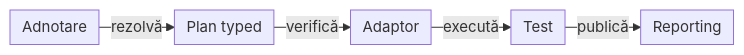
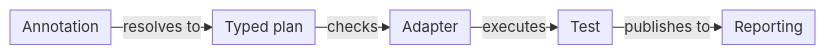
Before and after one commit to crististefanita/atf_j0: the diagram in docs/ATF_Test_Infrastructure_Annotations.md, drawn with Mermaid. The commit also changed other lines of this file and 113 other files, not shown here.

````diff
--- a/docs/ATF_Test_Infrastructure_Annotations.md
+++ b/docs/ATF_Test_Infrastructure_Annotations.md
@@ -40,8 +38,8 @@
 ```mermaid
 %%{init: {"themeVariables":{"fontSize":"15px"},"themeCSS":".nodeLabel, .nodeLabel p { font-size: 15px !important; line-height: 1.35 !important; } .edgeLabel, .edgeLabel p { font-size: 12px !important; font-weight: 400 !important; line-height: 1.2 !important; } .edgeLabel .labelBkg, .edgeLabel p { background: transparent !important; } .edgeLabel foreignObject { transform: translateY(-18px); overflow: visible; } .node rect { rx: 6px; ry: 6px; }","flowchart":{"curve":"linear","nodeSpacing":24,"rankSpacing":24,"padding":6,"diagramPadding":20}}}%%
 flowchart LR
-    Declaration["Adnotare"] -->|rezolvă| Plan["Plan typed"]
-    Plan -->|verifică| Consumer["Adaptor"]
-    Consumer -->|execută| Test["Test"]
-    Test -->|publică| Reporting[Reporting]
+    Declaration["Annotation"] -->|resolves to| Plan["Typed plan"]
+    Plan -->|checks| Consumer["Adapter"]
+    Consumer -->|executes| Test["Test"]
+    Test -->|publishes to| Reporting[Reporting]
 ```
````
